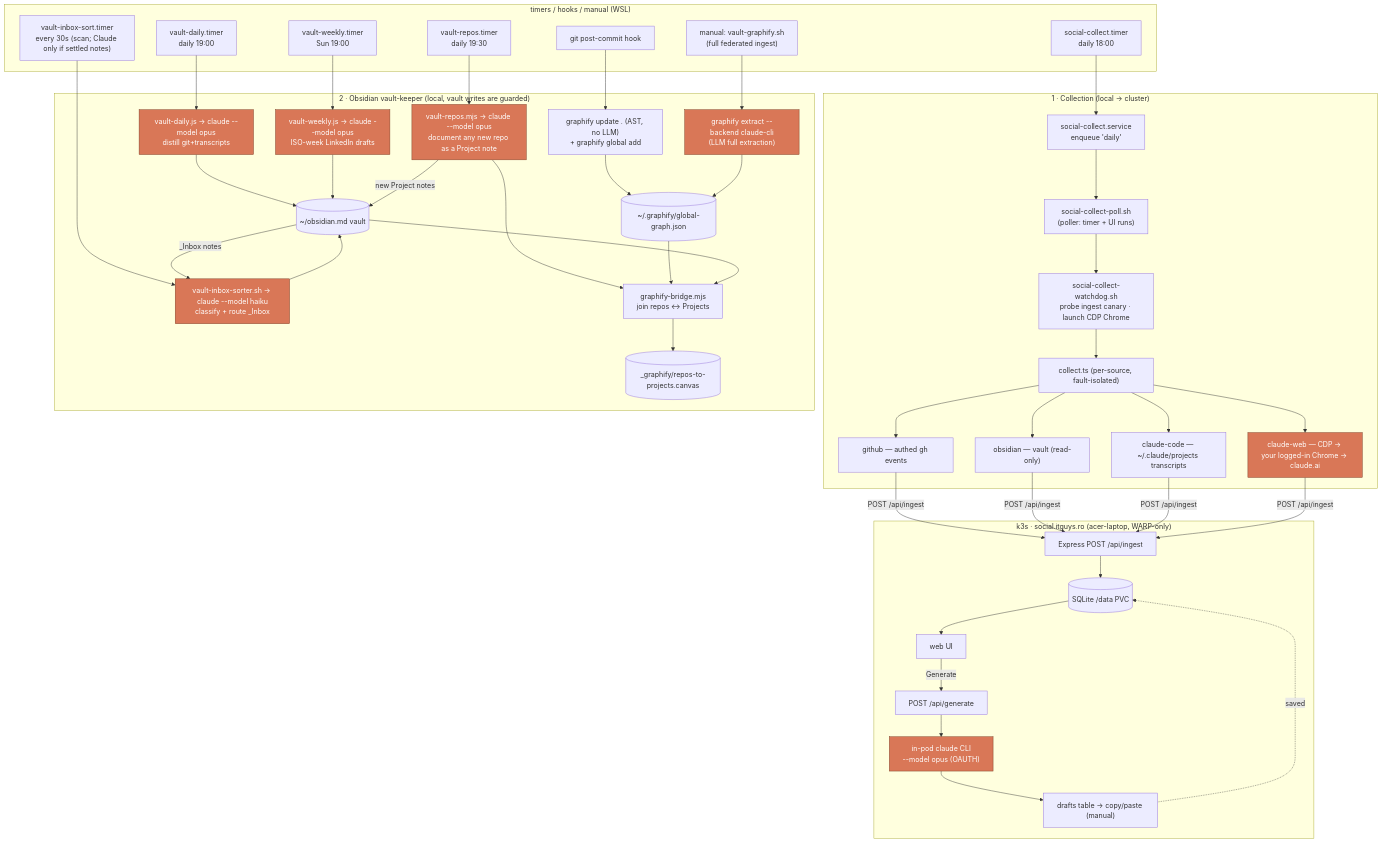
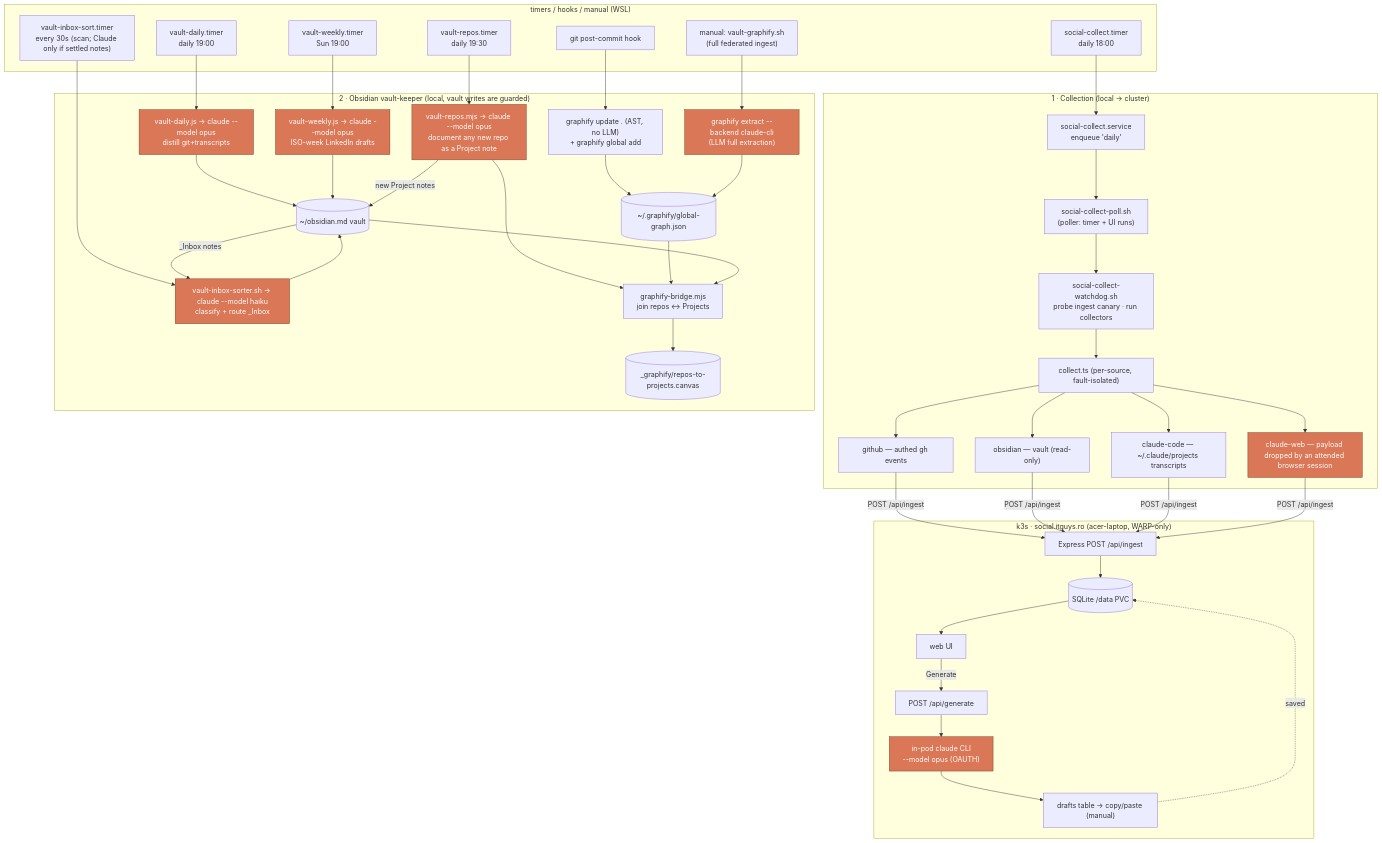
One commit to dustfeather/social-update changed the diagram in README.md. Above: the diagram before and after it, drawn with Mermaid. The commit also changed other lines of this file and 5 other files, not shown here.

````diff
--- a/README.md
+++ b/README.md
@@ -40,72 +40,72 @@
 ```mermaid
 flowchart TB
     subgraph triggers["timers / hooks / manual (WSL)"]
         T1["social-collect.timer<br/>daily 18:00"]
         T2["vault-daily.timer<br/>daily 19:00"]
         T3["vault-weekly.timer<br/>Sun 19:00"]
         T4["vault-inbox-sort.timer<br/>every 30s (scan; Claude only if settled notes)"]
         T5["vault-repos.timer<br/>daily 19:30"]
         GH["git post-commit hook"]
         MAN["manual: vault-graphify.sh<br/>(full federated ingest)"]
     end
 
     %% ---------- Collection loop ----------
     subgraph collect["1 · Collection (local → cluster)"]
         SVC["social-collect.service<br/>enqueue 'daily'"]
         POLL["social-collect-poll.sh<br/>(poller: timer + UI runs)"]
-        WD["social-collect-watchdog.sh<br/>probe ingest canary · launch CDP Chrome"]
+        WD["social-collect-watchdog.sh<br/>probe ingest canary · run collectors"]
         COL["collect.ts (per-source, fault-isolated)"]
         SRC_GH["github — authed gh events"]
         SRC_OB["obsidian — vault (read-only)"]
         SRC_CC["claude-code — ~/.claude/projects transcripts"]
-        SRC_CW["claude-web — CDP → your logged-in Chrome → claude.ai"]
+        SRC_CW["claude-web — payload dropped by an attended browser session"]
     end
 
     subgraph cluster["k3s · social.itguys.ro (acer-laptop, WARP-only)"]
         ING["Express POST /api/ingest"]
         DB[("SQLite /data PVC")]
         UI["web UI"]
         GEN["POST /api/generate"]
         CLI["in-pod claude CLI<br/>--model opus (OAUTH)"]
         DRAFTS["drafts table → copy/paste (manual)"]
     end
 
     %% ---------- Obsidian vault-keeper ----------
     subgraph vault["2 · Obsidian vault-keeper (local, vault writes are guarded)"]
         VD["vault-daily.js → claude --model opus<br/>distill git+transcripts"]
         VW["vault-weekly.js → claude --model opus<br/>ISO-week LinkedIn drafts"]
         VI["vault-inbox-sorter.sh → claude --model haiku<br/>classify + route _Inbox"]
         VGH["graphify update . (AST, no LLM)<br/>+ graphify global add"]
         VGE["graphify extract --backend claude-cli<br/>(LLM full extraction)"]
         VR["vault-repos.mjs → claude --model opus<br/>document any new repo as a Project note"]
         BR["graphify-bridge.mjs<br/>join repos ↔ Projects"]
         OBS[("~/obsidian.md vault")]
         GRAPH[("~/.graphify/global-graph.json")]
         CANVAS[("_graphify/repos-to-projects.canvas")]
     end
 
     T1 --> SVC --> POLL
     POLL --> WD --> COL
     COL --> SRC_GH & SRC_OB & SRC_CC & SRC_CW
     SRC_GH & SRC_OB & SRC_CC & SRC_CW -->|POST /api/ingest| ING
     ING --> DB
     DB --> UI
     UI -->|Generate| GEN --> CLI --> DRAFTS
     DRAFTS -.saved.-> DB
 
     T2 --> VD --> OBS
     T3 --> VW --> OBS
     T4 --> VI
     OBS -->|_Inbox notes| VI --> OBS
     GH --> VGH --> GRAPH
     MAN --> VGE --> GRAPH
     T5 --> VR
     VR -->|new Project notes| OBS
     VR --> BR
     GRAPH --> BR
     OBS --> BR
     BR --> CANVAS
 
     classDef claude fill:#d97757,stroke:#7a3b22,color:#fff;
     class CLI,VD,VW,VI,VGE,VR,SRC_CW claude;
 ```
````
